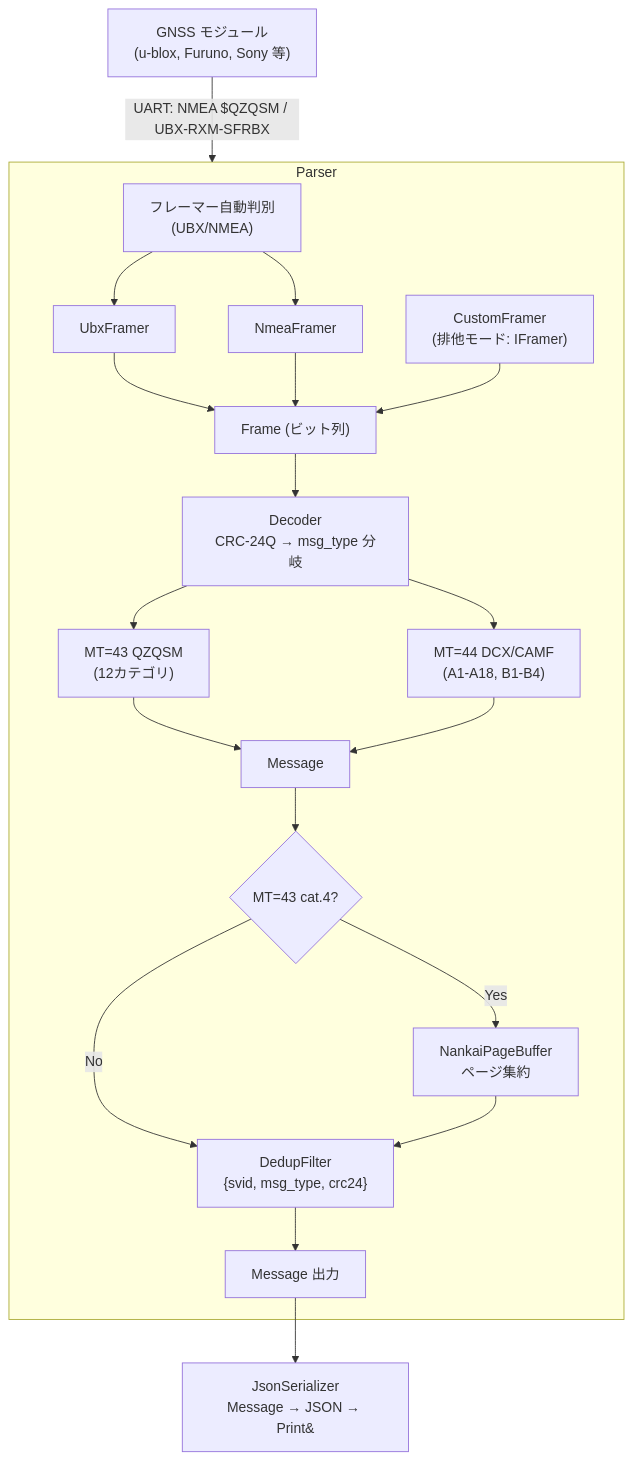
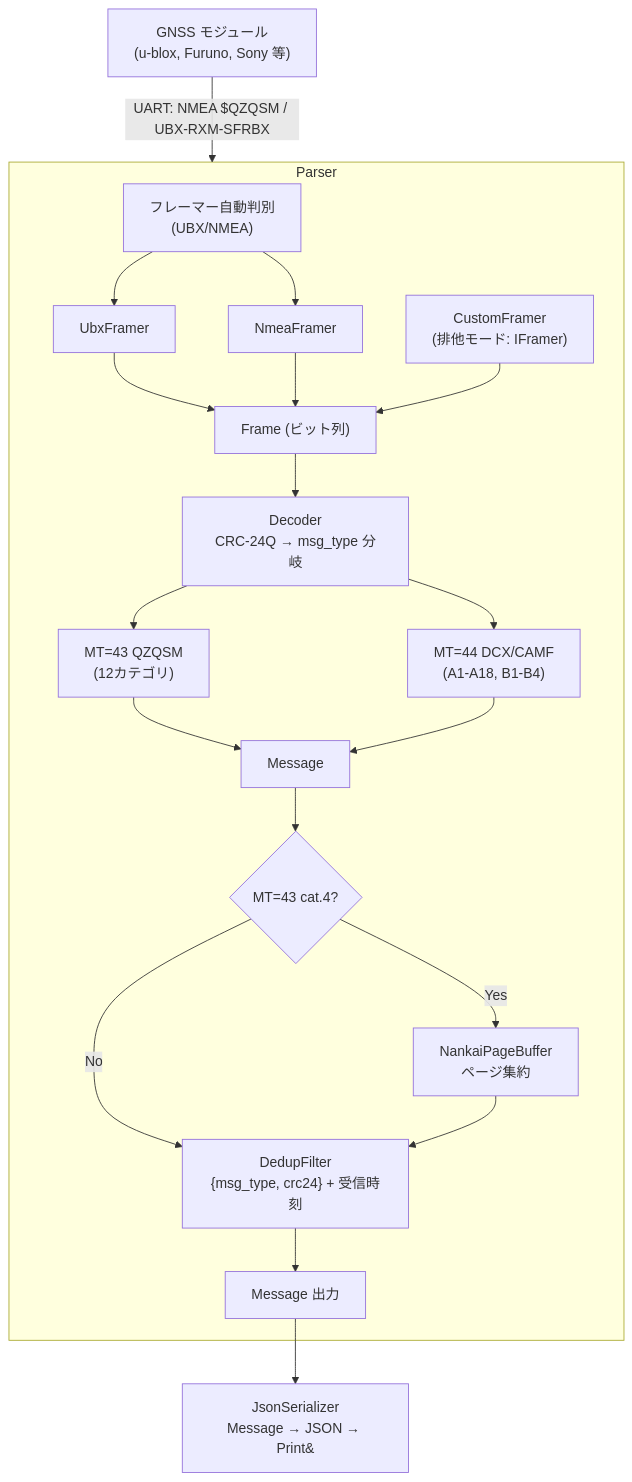
The first of 3 diagrams in docs/architecture.md (A-vrice/azaraC), drawn with Mermaid before and after one commit. The commit also changed other lines of this file and 15 other files, not shown here.

````diff
--- a/docs/architecture.md
+++ b/docs/architecture.md
@@ -11,32 +11,32 @@
 ```mermaid
 graph TD
     GNSS["GNSS モジュール<br/>(u-blox, Furuno, Sony 等)"]
     GNSS -->|"UART: NMEA $QZQSM / UBX-RXM-SFRBX"| Parser
 
     subgraph Parser
         FramerAuto["フレーマー自動判別<br/>(UBX/NMEA)"]
         UBX["UbxFramer"]
         NMEA["NmeaFramer"]
         FramerAuto --> UBX
         FramerAuto --> NMEA
         Custom["CustomFramer<br/>(排他モード: IFramer)"]
         UBX --> Frame
         NMEA --> Frame
         Custom --> Frame
         Frame["Frame (ビット列)"]
         Frame --> Decoder
         Decoder["Decoder<br/>CRC-24Q → msg_type 分岐"]
         Decoder --> MT43["MT=43 QZQSM<br/>(12カテゴリ)"]
         Decoder --> MT44["MT=44 DCX/CAMF<br/>(A1-A18, B1-B4)"]
         MT43 --> Msg["Message"]
         MT44 --> Msg
         Msg --> Nankai{"MT=43 cat.4?"}
         Nankai -->|"Yes"| NankaiBuf["NankaiPageBuffer<br/>ページ集約"]
-        Nankai -->|"No"| Dedup["DedupFilter<br/>{svid, msg_type, crc24}"]
+        Nankai -->|"No"| Dedup["DedupFilter<br/>{msg_type, crc24} + 受信時刻"]
         NankaiBuf --> Dedup
         Dedup --> Out["Message 出力"]
     end
 
     Out --> Serializer
     Serializer["JsonSerializer<br/>Message → JSON → Print&"]
 ```
````
